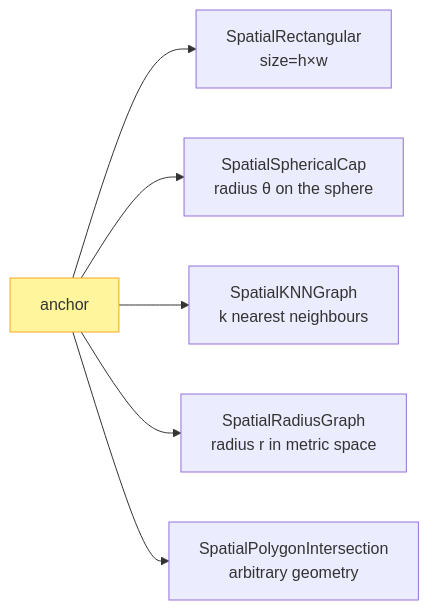
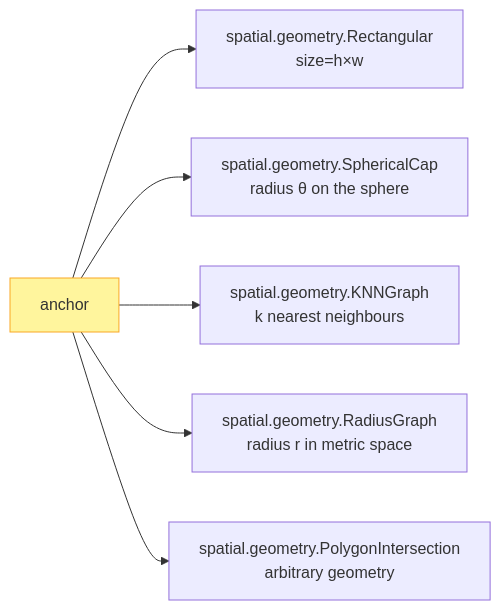
One commit to jejjohnson/geotoolz changed the second of 5 diagrams in docs/patcher/concepts.md. Above: the diagram before and after it, drawn with Mermaid. The commit also changed other lines of this file and 204 other files, not shown here.

````diff
--- a/docs/patcher/concepts.md
+++ b/docs/patcher/concepts.md
@@ -36,9 +36,9 @@
 ```mermaid
 flowchart LR
-    A[anchor] --> R[SpatialRectangular<br/>size=h×w]
-    A --> D[SpatialSphericalCap<br/>radius θ on the sphere]
-    A --> K[SpatialKNNGraph<br/>k nearest neighbours]
-    A --> RG[SpatialRadiusGraph<br/>radius r in metric space]
-    A --> P[SpatialPolygonIntersection<br/>arbitrary geometry]
+    A[anchor] --> R[spatial.geometry.Rectangular<br/>size=h×w]
+    A --> D[spatial.geometry.SphericalCap<br/>radius θ on the sphere]
+    A --> K[spatial.geometry.KNNGraph<br/>k nearest neighbours]
+    A --> RG[spatial.geometry.RadiusGraph<br/>radius r in metric space]
+    A --> P[spatial.geometry.PolygonIntersection<br/>arbitrary geometry]
     style A fill:#fff59d,stroke:#f9a825
 ```
````
